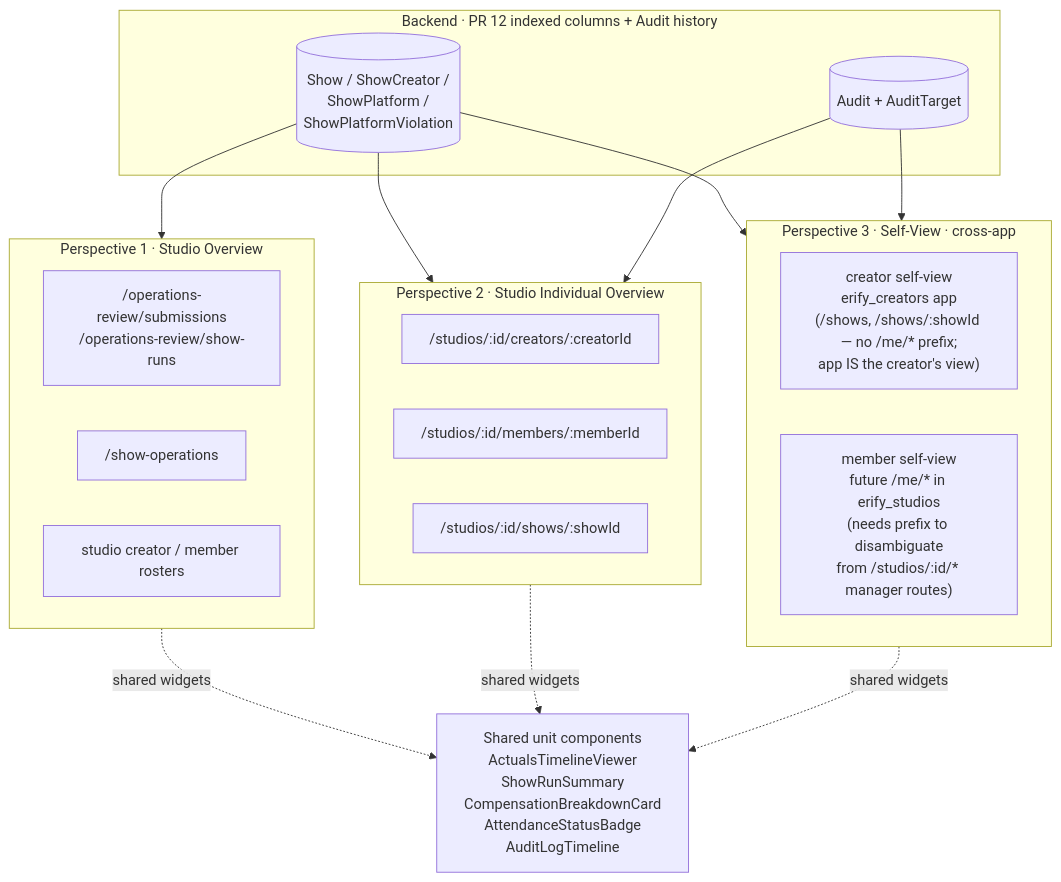
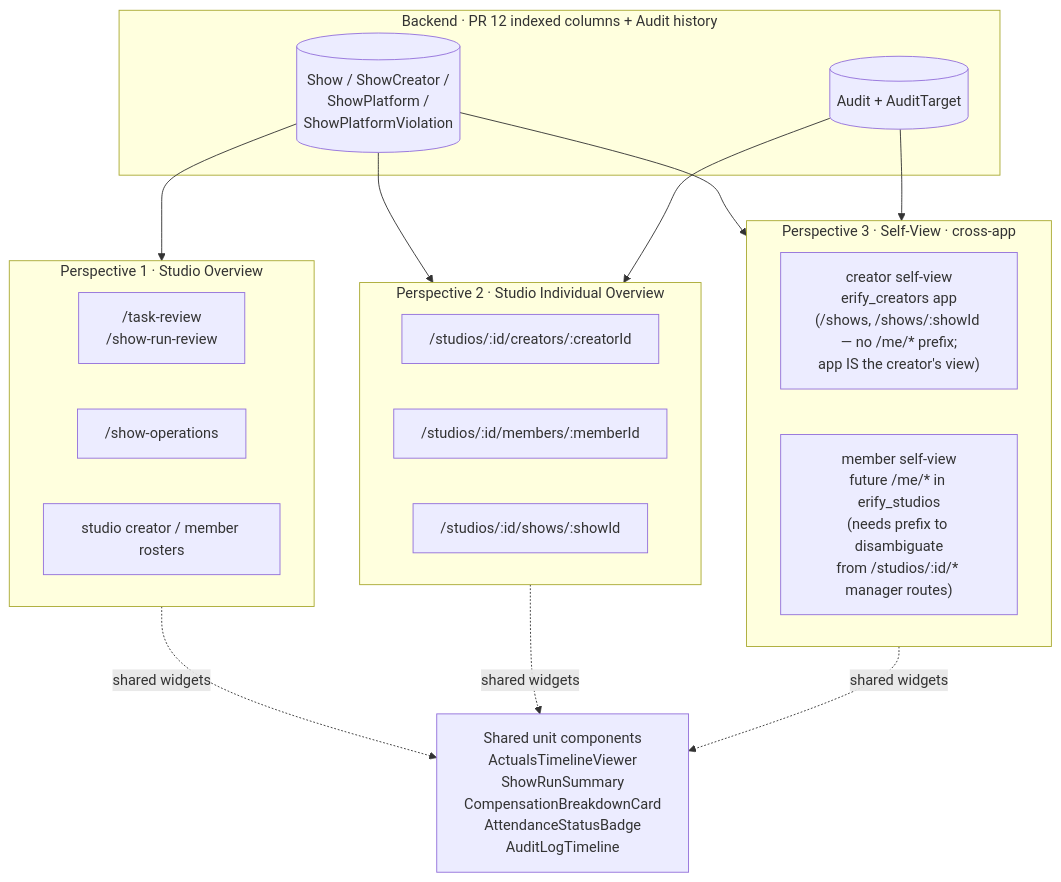
Before and after one commit to allenlin90/eridu-services: the fifth of 5 diagrams in apps/erify_api/docs/design/TASK_INPUT_FACT_BINDING_DESIGN.md, drawn with Mermaid. The commit also changed other lines of this file and 7 other files, not shown here.

````diff
--- a/apps/erify_api/docs/design/TASK_INPUT_FACT_BINDING_DESIGN.md
+++ b/apps/erify_api/docs/design/TASK_INPUT_FACT_BINDING_DESIGN.md
@@ -419,36 +419,36 @@
 ```mermaid
 flowchart TB
     subgraph BE[Backend · PR 12 indexed columns + Audit history]
         IDX[(Show / ShowCreator /<br/>ShowPlatform /<br/>ShowPlatformViolation)]
         AUDIT[(Audit + AuditTarget)]
     end
 
     subgraph P1[Perspective 1 · Studio Overview]
-        SO1["/operations-review/submissions<br/>/operations-review/show-runs"]
+        SO1["/task-review<br/>/show-run-review"]
         SO2["/show-operations"]
         SO3["studio creator / member rosters"]
     end
 
     subgraph P2[Perspective 2 · Studio Individual Overview]
         SI1["/studios/:id/creators/:creatorId"]
         SI2["/studios/:id/members/:memberId"]
         SI3["/studios/:id/shows/:showId"]
     end
 
     subgraph P3[Perspective 3 · Self-View · cross-app]
         ME1["creator self-view<br/>erify_creators app<br/>(/shows, /shows/:showId — no /me/* prefix;<br/>app IS the creator's view)"]
         ME2["member self-view<br/>future /me/* in erify_studios<br/>(needs prefix to disambiguate<br/>from /studios/:id/* manager routes)"]
     end
 
     IDX --> P1
     IDX --> P2
     IDX --> P3
     AUDIT --> P2
     AUDIT --> P3
 
     P1 -. shared widgets .-> W
     P2 -. shared widgets .-> W
     P3 -. shared widgets .-> W
 
     W["Shared unit components<br/>ActualsTimelineViewer<br/>ShowRunSummary<br/>CompensationBreakdownCard<br/>AttendanceStatusBadge<br/>AuditLogTimeline"]
 ```
````
